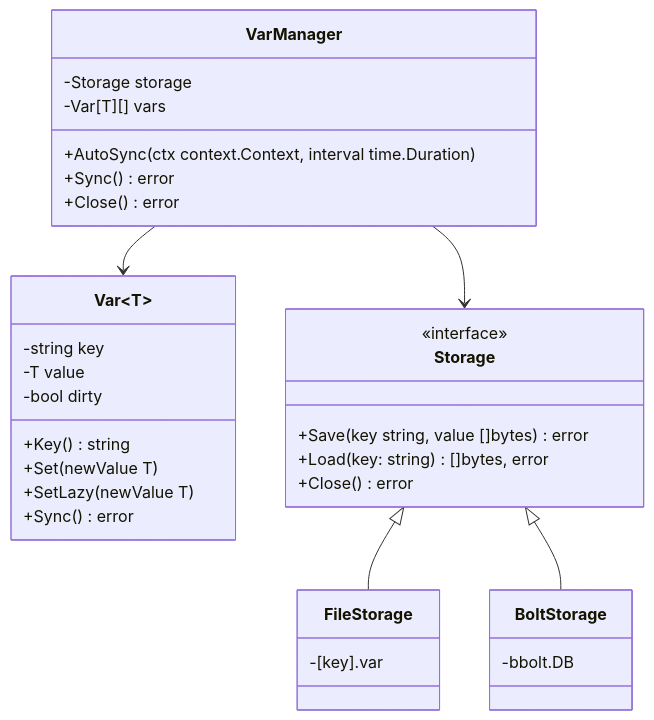
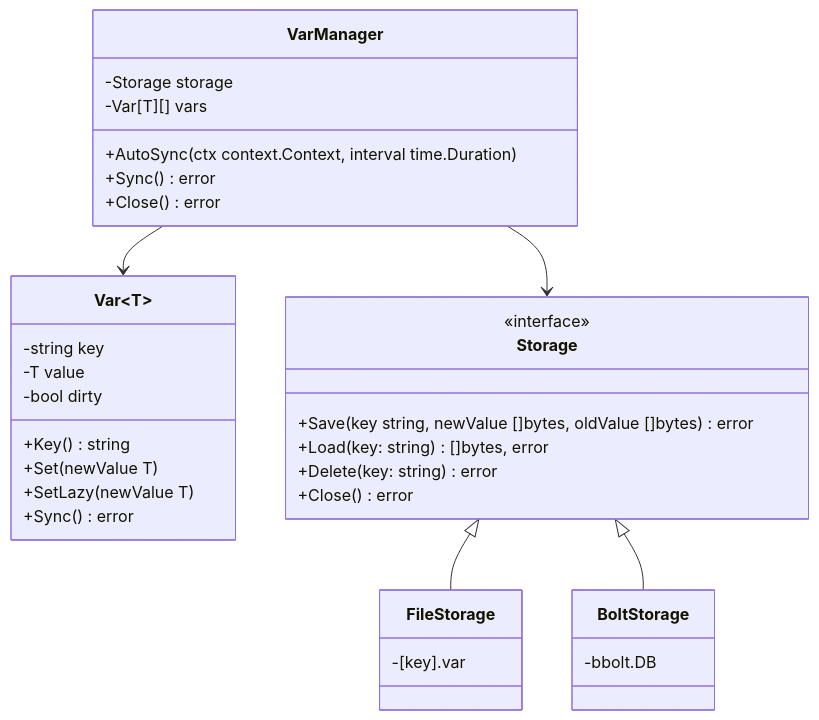
The diagram in README.md (eos175/persistvar), drawn with Mermaid before and after one commit. The commit also changed other lines of this file and 2 other files, not shown here.

Commit message:
docs(core): document atomic API and key format

````diff
--- a/README.md
+++ b/README.md
@@ -101,41 +133,42 @@
 ```mermaid
 classDiagram
     class VarManager {
         -Storage storage
         -Var[T][] vars
         +AutoSync(ctx context.Context, interval time.Duration)
         +Sync() error
         +Close() error
     }
 
     class Var~T~ {
         -string key
         -T value
         -bool dirty
         +Key() string
         +Set(newValue T)
         +SetLazy(newValue T)
         +Sync() error
     }
 
     class Storage {
         <<interface>>
-        +Save(key string, value []bytes) error
+        +Save(key string, newValue []bytes, oldValue []bytes) error
         +Load(key: string) []bytes, error
+        +Delete(key: string) error
         +Close() error
     }
 
     class FileStorage {
         -[key].var
     }
 
     class BoltStorage {
         -bbolt.DB
     }
 
     VarManager --> Storage
     VarManager --> Var
     Storage <|-- FileStorage
     Storage <|-- BoltStorage
 
 ```
````
